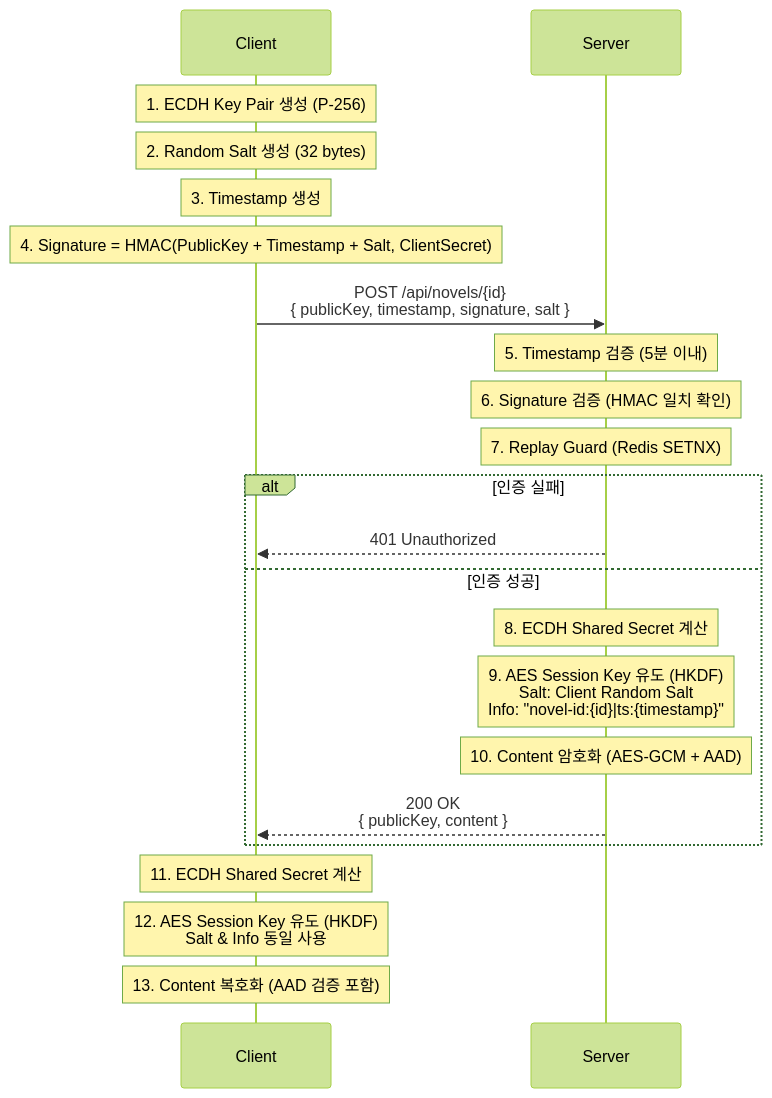
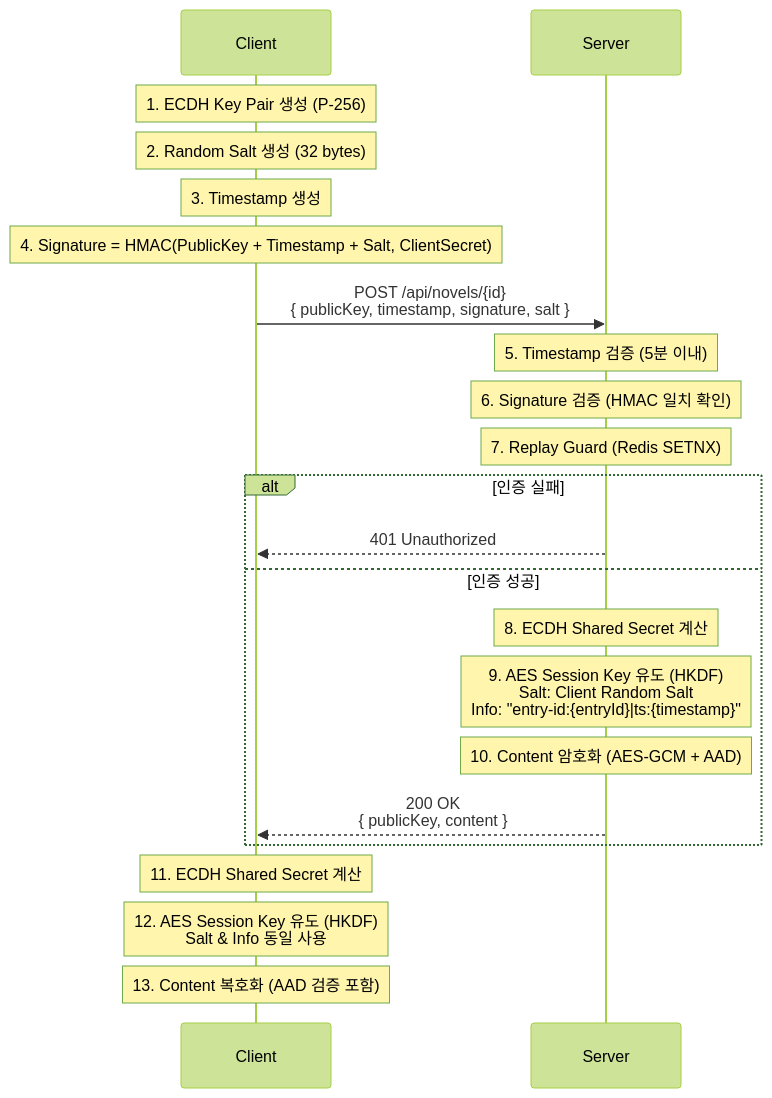
Before and after one commit to SAcid/api-encrypt: the diagram in ENCRYPTION_SPECS.md, drawn with Mermaid (forest theme). The commit also changed other lines of this file and 12 other files, not shown here.

````diff
--- a/ENCRYPTION_SPECS.md
+++ b/ENCRYPTION_SPECS.md
@@ -22,29 +35,29 @@
 ```mermaid
 sequenceDiagram
     participant Client
     participant Server
 
     Note over Client: 1. ECDH Key Pair 생성 (P-256)
     Note over Client: 2. Random Salt 생성 (32 bytes)
     Note over Client: 3. Timestamp 생성
     Note over Client: 4. Signature = HMAC(PublicKey + Timestamp + Salt, ClientSecret)
     
     Client->>Server: POST /api/novels/{id}<br/>{ publicKey, timestamp, signature, salt }
     
     Note over Server: 5. Timestamp 검증 (5분 이내)
     Note over Server: 6. Signature 검증 (HMAC 일치 확인)
     Note over Server: 7. Replay Guard (Redis SETNX)
     
     alt 인증 실패
         Server-->>Client: 401 Unauthorized
     else 인증 성공
         Note over Server: 8. ECDH Shared Secret 계산
-        Note over Server: 9. AES Session Key 유도 (HKDF)<br/>Salt: Client Random Salt<br/>Info: "novel-id:{id}|ts:{timestamp}"
+        Note over Server: 9. AES Session Key 유도 (HKDF)<br/>Salt: Client Random Salt<br/>Info: "entry-id:{entryId}|ts:{timestamp}"
         Note over Server: 10. Content 암호화 (AES-GCM + AAD)
         Server-->>Client: 200 OK<br/>{ publicKey, content }
     end
 
     Note over Client: 11. ECDH Shared Secret 계산
     Note over Client: 12. AES Session Key 유도 (HKDF)<br/>Salt & Info 동일 사용
     Note over Client: 13. Content 복호화 (AAD 검증 포함)
 ```
````
